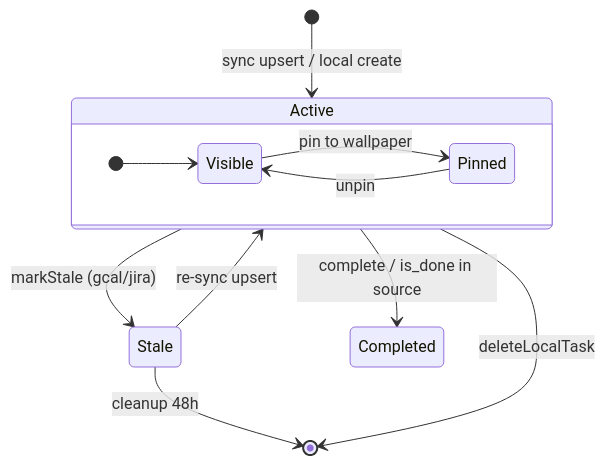
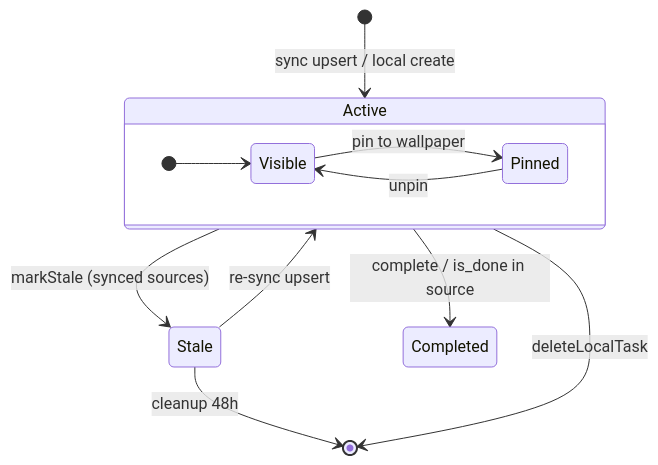
Before and after one commit to AndreaBonn/deadline-aura: the third of 4 diagrams in docs/ARCHITECTURE.md, drawn with Mermaid. The commit also changed other lines of this file and 3 other files, not shown here.

````diff
--- a/docs/ARCHITECTURE.md
+++ b/docs/ARCHITECTURE.md
@@ -116,17 +133,17 @@
 ```mermaid
 stateDiagram-v2
   [*] --> Active : sync upsert / local create
 
-  Active --> Stale : markStale (gcal/jira)
+  Active --> Stale : markStale (synced sources)
   Stale --> Active : re-sync upsert
   Active --> Completed : complete / is_done in source
   Active --> [*] : deleteLocalTask
   Stale --> [*] : cleanup 48h
 
   state Active {
     direction LR
     [*] --> Visible
     Visible --> Pinned : pin to wallpaper
     Pinned --> Visible : unpin
   }
 ```
````
